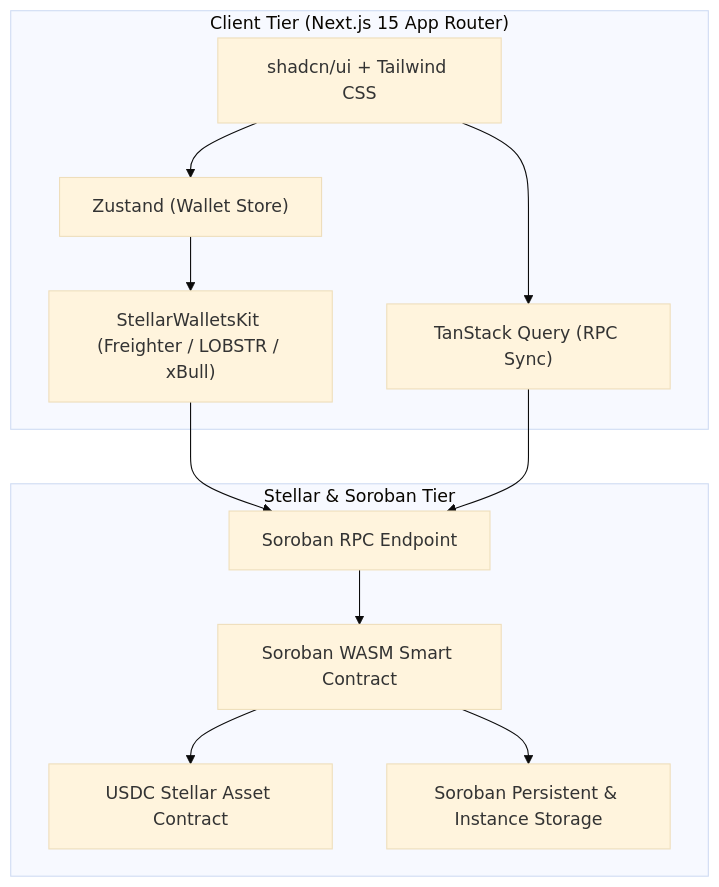
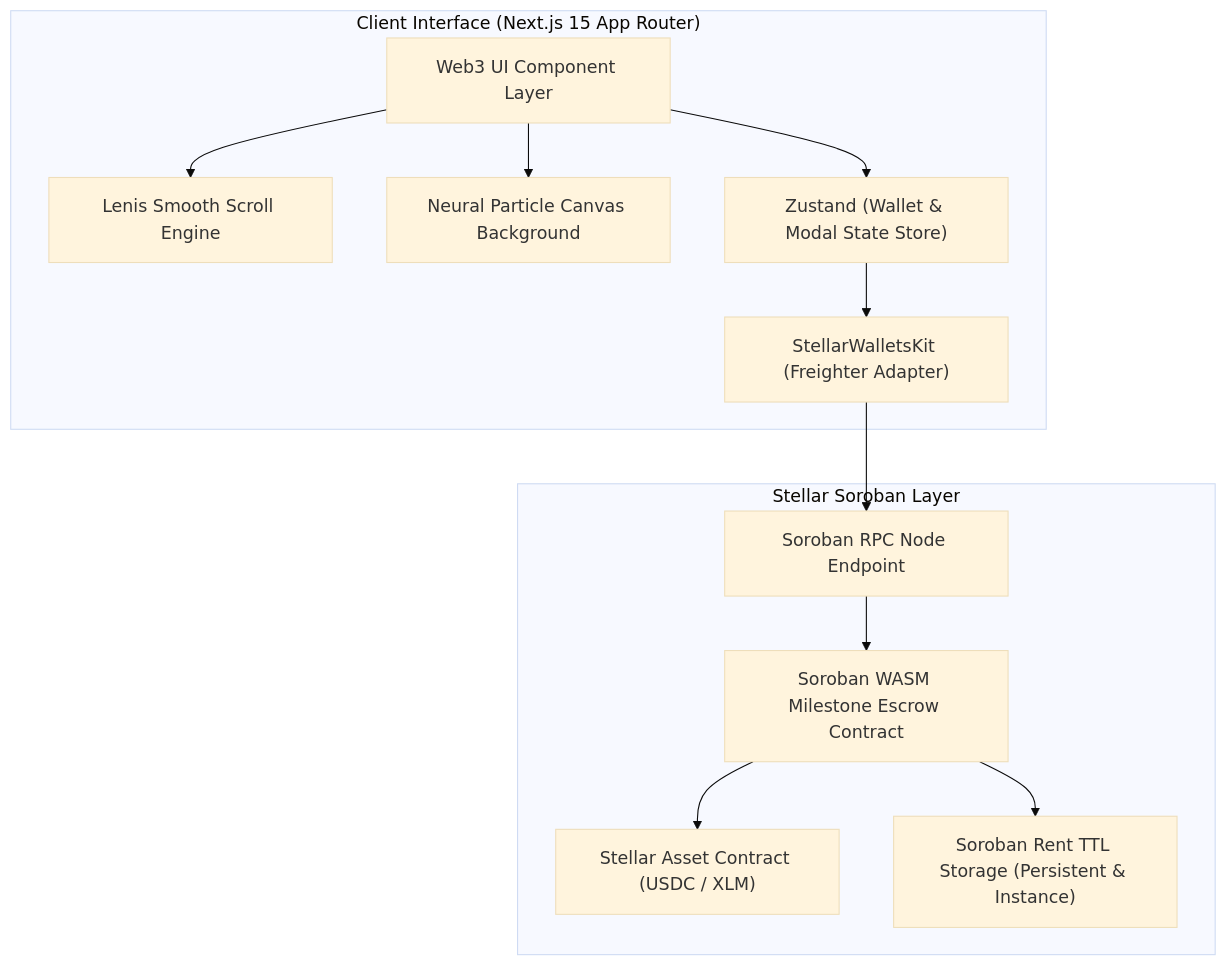
One commit to akshat3410/Veris changed the diagram in README.md. Above: the diagram before and after it, drawn with Mermaid (base theme). The commit also changed other lines of this file and 27 other files, not shown here.

Commit message:
feat: Veyl milestone escrow engine, lenis scroll, phosphor icons, vitest suite

````diff
--- a/README.md
+++ b/README.md
@@ -26,25 +27,26 @@
 ```mermaid
 flowchart TB
-    subgraph Client ["Client Tier (Next.js 15 App Router)"]
-        UI["shadcn/ui + Tailwind CSS"]
-        TQ["TanStack Query (RPC Sync)"]
-        ZST["Zustand (Wallet Store)"]
-        SWK["StellarWalletsKit (Freighter / LOBSTR / xBull)"]
+    subgraph Client ["Client Interface (Next.js 15 App Router)"]
+        UI["Web3 UI Component Layer"]
+        Lenis["Lenis Smooth Scroll Engine"]
+        Canvas["Neural Particle Canvas Background"]
+        Zustand["Zustand (Wallet & Modal State Store)"]
+        SWK["StellarWalletsKit (Freighter Adapter)"]
     end
 
-    subgraph Blockchain ["Stellar & Soroban Tier"]
-        RPC["Soroban RPC Endpoint"]
-        Contract["Soroban WASM Smart Contract"]
-        SAC["USDC Stellar Asset Contract"]
-        Storage["Soroban Persistent & Instance Storage"]
+    subgraph Blockchain ["Stellar Soroban Layer"]
+        RPC["Soroban RPC Node Endpoint"]
+        Contract["Soroban WASM Milestone Escrow Contract"]
+        SAC["Stellar Asset Contract (USDC / XLM)"]
+        Storage["Soroban Rent TTL Storage (Persistent & Instance)"]
     end
 
-    UI --> TQ
-    UI --> ZST
-    ZST --> SWK
+    UI --> Lenis
+    UI --> Canvas
+    UI --> Zustand
+    Zustand --> SWK
     SWK --> RPC
-    TQ --> RPC
     RPC --> Contract
     Contract --> SAC
     Contract --> Storage
 ```
````
